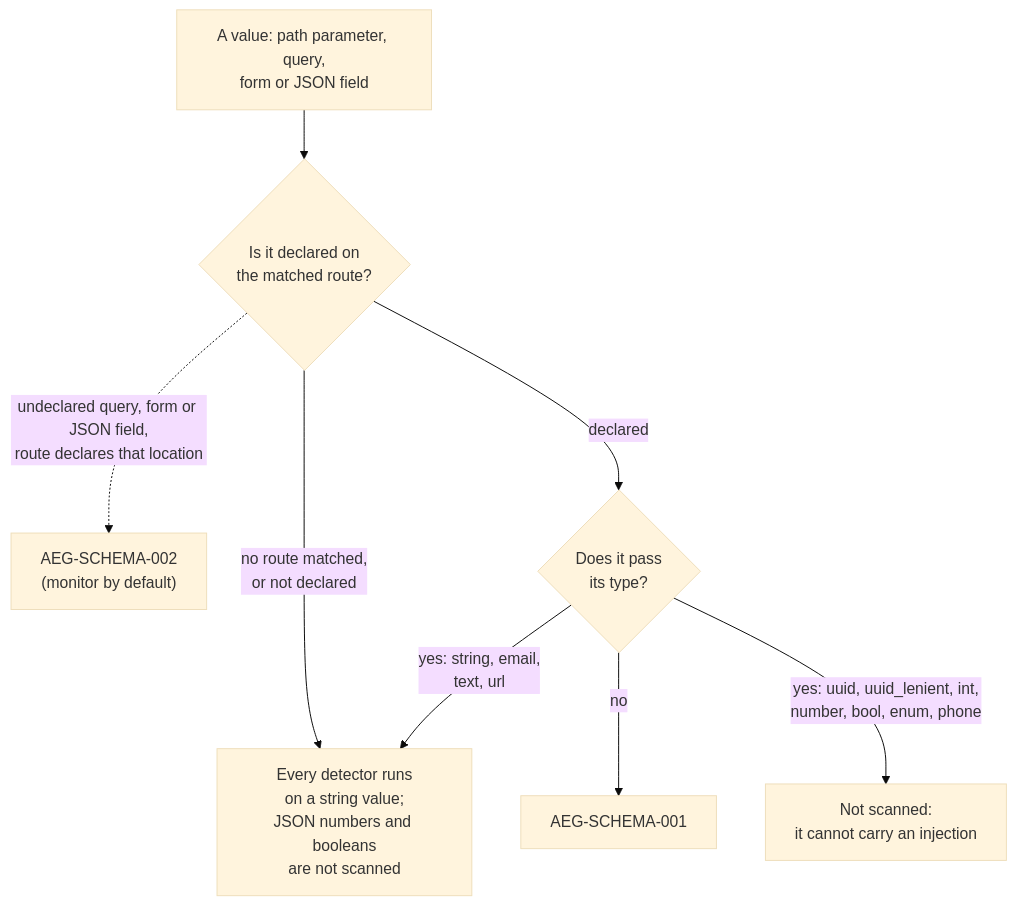
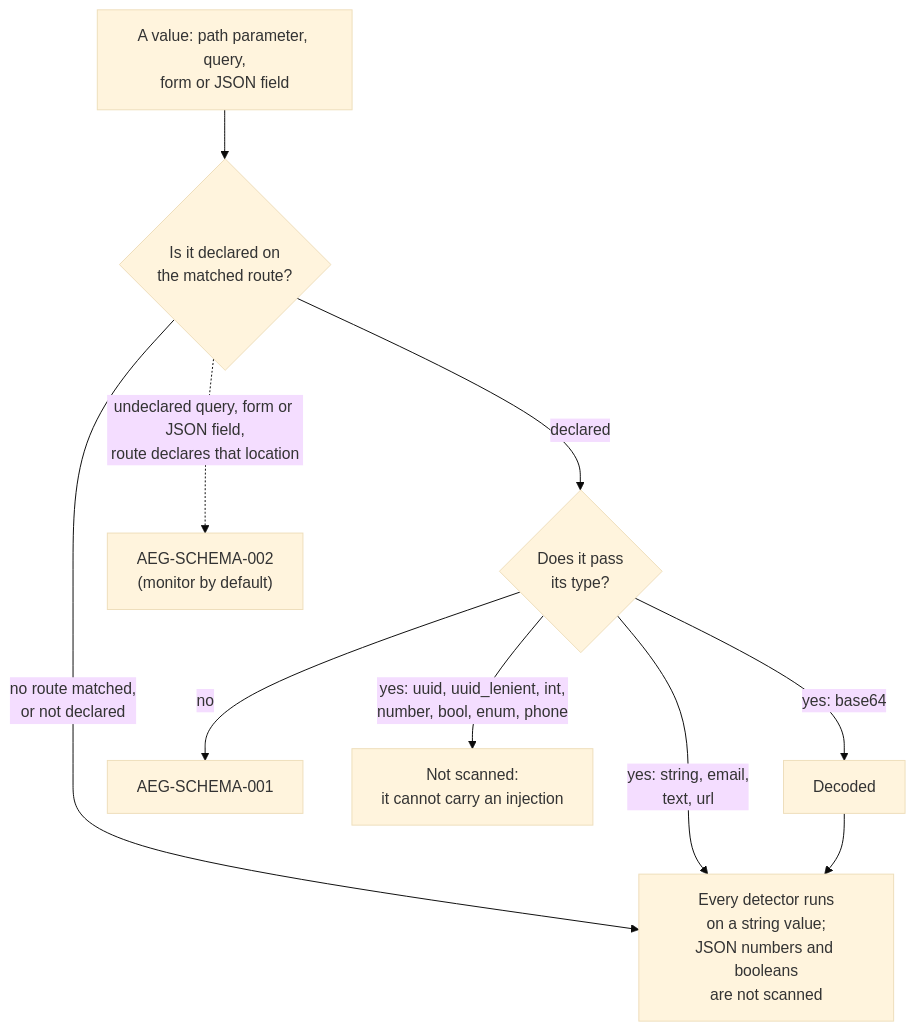
Before and after one commit to ergasterion-dev/aegolith: the second of 2 diagrams in README.md, drawn with Mermaid (base theme). The commit also changed other lines of this file and 13 other files, not shown here.

Commit message:
feat: add a base64 field type that scans the decoded value

````diff
--- a/README.md
+++ b/README.md
@@ -174,10 +174,12 @@
 ```mermaid
 flowchart TD
     V["A value: path parameter, query,<br/>form or JSON field"] --> R{"Is it declared on<br/>the matched route?"}
     R -- "no route matched,<br/>or not declared" --> S["Every detector runs<br/>on a string value;<br/>JSON numbers and booleans<br/>are not scanned"]
     R -. "undeclared query, form or JSON field,<br/>route declares that location" .-> U["AEG-SCHEMA-002<br/>(monitor by default)"]
     R -- "declared" --> T{"Does it pass<br/>its type?"}
     T -- "no" --> X["AEG-SCHEMA-001"]
     T -- "yes: uuid, uuid_lenient, int,<br/>number, bool, enum, phone" --> K["Not scanned:<br/>it cannot carry an injection"]
     T -- "yes: string, email,<br/>text, url" --> S
+    T -- "yes: base64" --> D["Decoded"]
+    D --> S
 ```
````
